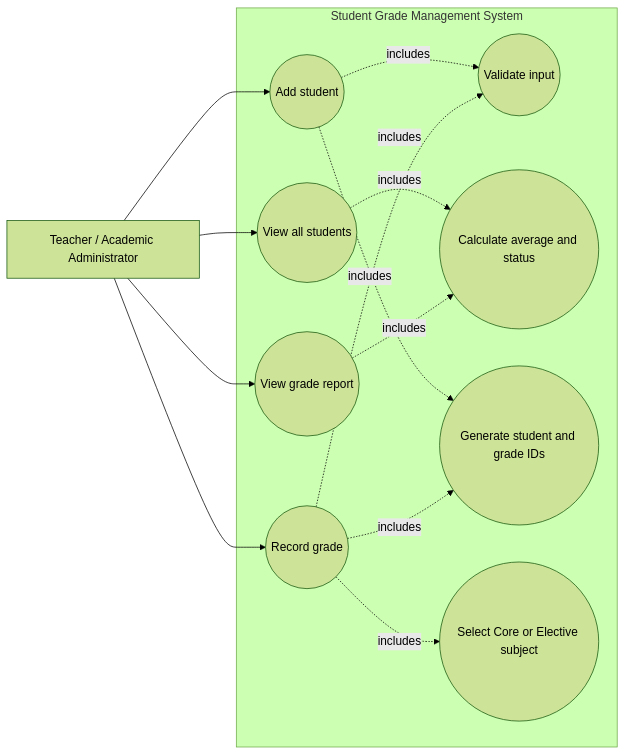
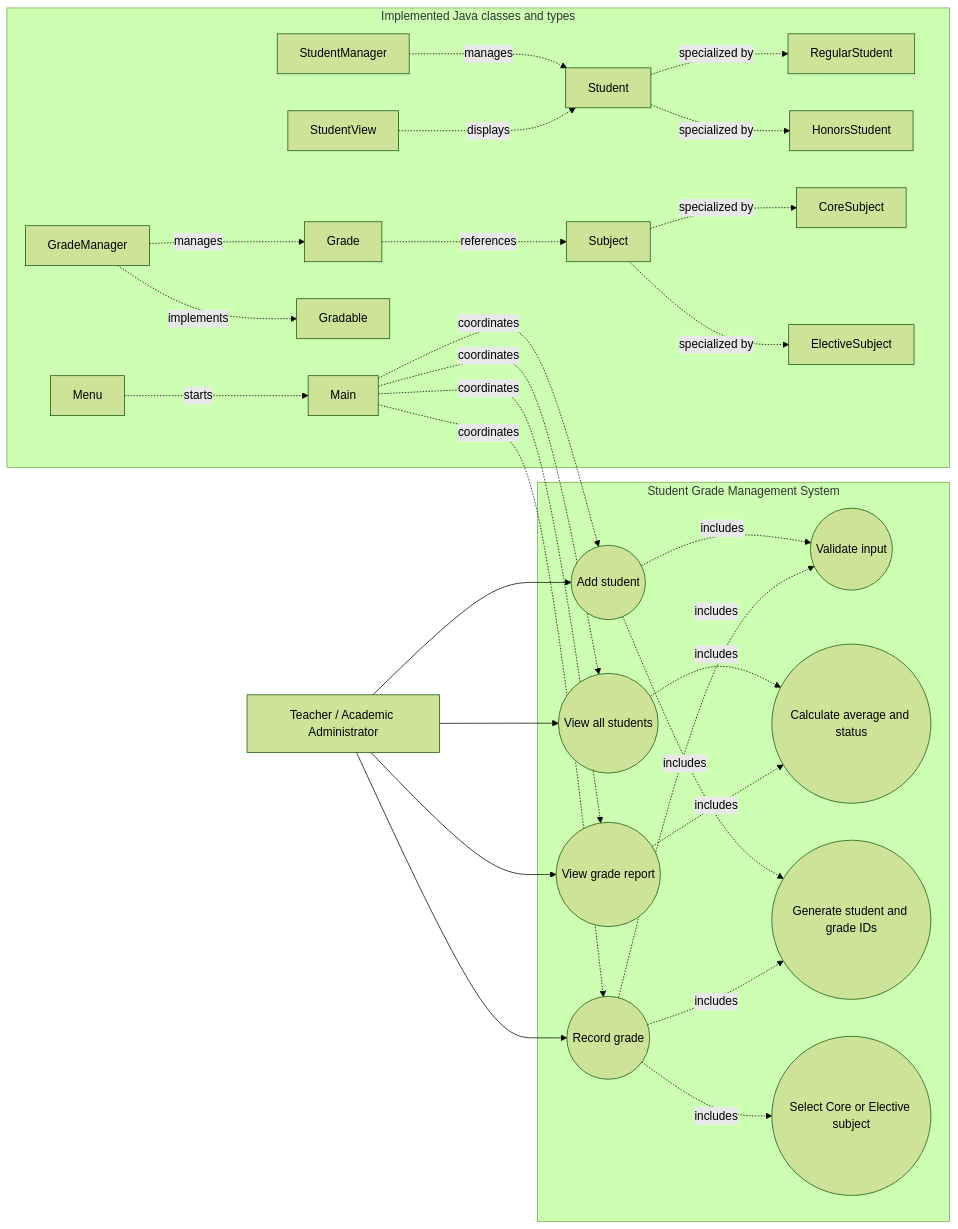
One commit to MUGWANEZAMANZI/SGMS changed the diagram in docs/use-case-diagram.md. Above: the diagram before and after it, drawn with Mermaid (forest theme). The commit also changed other lines of this file and 1 other file, not shown here.

Commit message:
Document all implemented classes

````diff
--- a/docs/use-case-diagram.md
+++ b/docs/use-case-diagram.md
@@ -7,28 +7,59 @@
 ```mermaid
 flowchart LR
     teacher[Teacher / Academic Administrator]
 
     subgraph system[Student Grade Management System]
         add((Add student))
         view((View all students))
         record((Record grade))
         report((View grade report))
         validate((Validate input))
         average((Calculate average and status))
         ids((Generate student and grade IDs))
         subjects((Select Core or Elective subject))
     end
 
+    subgraph classes[Implemented Java classes and types]
+        main[Main]
+        menu[Menu]
+        student[Student]
+        regular[RegularStudent]
+        honors[HonorsStudent]
+        subject[Subject]
+        core[CoreSubject]
+        elective[ElectiveSubject]
+        grade[Grade]
+        studentManager[StudentManager]
+        gradeManager[GradeManager]
+        gradable[Gradable]
+        viewHelper[StudentView]
+    end
+
     teacher --> add
     teacher --> view
     teacher --> record
     teacher --> report
 
     add -. includes .-> validate
     add -. includes .-> ids
     record -. includes .-> validate
     record -. includes .-> subjects
     record -. includes .-> ids
     view -. includes .-> average
     report -. includes .-> average
+
+    menu -. starts .-> main
+    main -. coordinates .-> add
+    main -. coordinates .-> view
+    main -. coordinates .-> record
+    main -. coordinates .-> report
+    student -. specialized by .-> regular
+    student -. specialized by .-> honors
+    subject -. specialized by .-> core
+    subject -. specialized by .-> elective
+    studentManager -. manages .-> student
+    gradeManager -. manages .-> grade
+    gradeManager -. implements .-> gradable
+    grade -. references .-> subject
+    viewHelper -. displays .-> student
 ```
````
